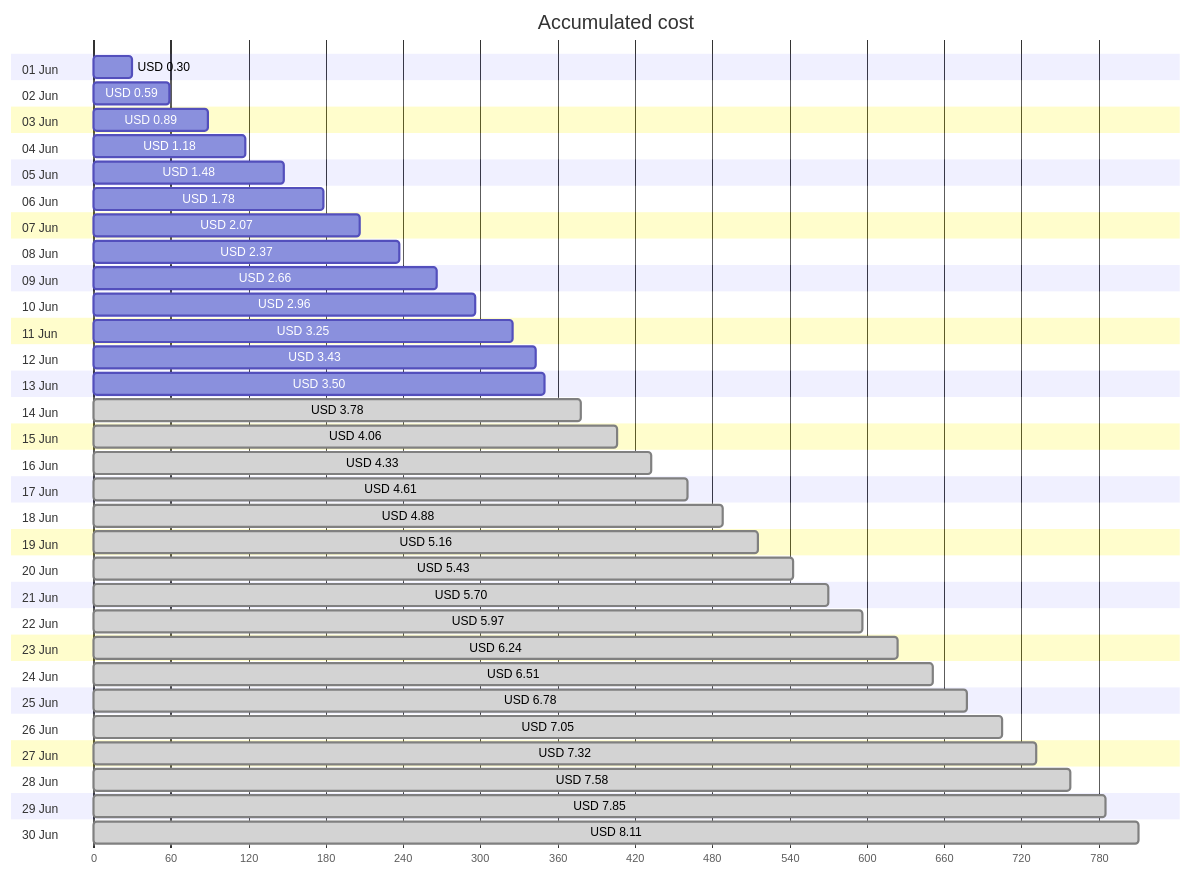
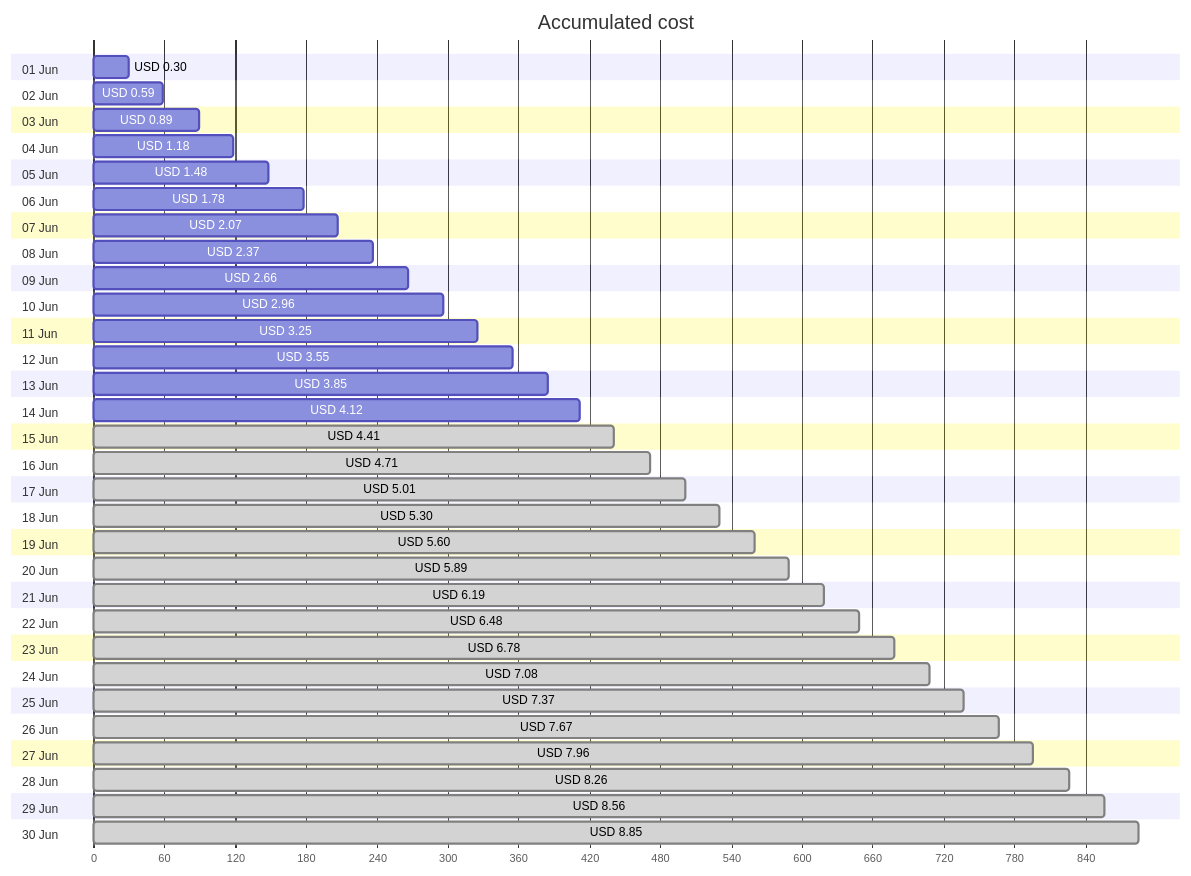
Before and after one commit to jpfulton/azure-personal-reports: the first of 4 diagrams in cost-reports/personal-site/personal-site-preview.md, drawn with Mermaid. The commit also changed other lines of this file and 6 other files, not shown here.

````diff
--- a/cost-reports/personal-site/personal-site-preview.md
+++ b/cost-reports/personal-site/personal-site-preview.md
@@ -20,66 +20,66 @@
 ```mermaid
 gantt
    title Accumulated cost
    dateFormat  X
    axisFormat %s
    section 01 Jun
    USD 0.30 :0, 30
    section 02 Jun
    USD 0.59 :0, 59
    section 03 Jun
    USD 0.89 :0, 89
    section 04 Jun
    USD 1.18 :0, 118
    section 05 Jun
    USD 1.48 :0, 148
    section 06 Jun
    USD 1.78 :0, 178
    section 07 Jun
    USD 2.07 :0, 207
    section 08 Jun
    USD 2.37 :0, 237
    section 09 Jun
    USD 2.66 :0, 266
    section 10 Jun
    USD 2.96 :0, 296
    section 11 Jun
    USD 3.25 :0, 325
    section 12 Jun
-   USD 3.43 :0, 343
+   USD 3.55 :0, 355
    section 13 Jun
-   USD 3.50 :0, 350
+   USD 3.85 :0, 385
    section 14 Jun
-   USD 3.78 : done, 0, 378
+   USD 4.12 :0, 412
    section 15 Jun
-   USD 4.06 : done, 0, 406
+   USD 4.41 : done, 0, 441
    section 16 Jun
-   USD 4.33 : done, 0, 433
+   USD 4.71 : done, 0, 471
    section 17 Jun
-   USD 4.61 : done, 0, 461
+   USD 5.01 : done, 0, 501
    section 18 Jun
-   USD 4.88 : done, 0, 488
+   USD 5.30 : done, 0, 530
    section 19 Jun
-   USD 5.16 : done, 0, 516
+   USD 5.60 : done, 0, 560
    section 20 Jun
-   USD 5.43 : done, 0, 543
+   USD 5.89 : done, 0, 589
    section 21 Jun
-   USD 5.70 : done, 0, 570
+   USD 6.19 : done, 0, 619
    section 22 Jun
-   USD 5.97 : done, 0, 597
+   USD 6.48 : done, 0, 648
    section 23 Jun
-   USD 6.24 : done, 0, 624
+   USD 6.78 : done, 0, 678
    section 24 Jun
-   USD 6.51 : done, 0, 651
+   USD 7.08 : done, 0, 708
    section 25 Jun
-   USD 6.78 : done, 0, 678
+   USD 7.37 : done, 0, 737
    section 26 Jun
-   USD 7.05 : done, 0, 705
+   USD 7.67 : done, 0, 767
    section 27 Jun
-   USD 7.32 : done, 0, 732
+   USD 7.96 : done, 0, 796
    section 28 Jun
-   USD 7.58 : done, 0, 758
+   USD 8.26 : done, 0, 826
    section 29 Jun
-   USD 7.85 : done, 0, 785
+   USD 8.56 : done, 0, 856
    section 30 Jun
-   USD 8.11 : done, 0, 811
+   USD 8.85 : done, 0, 885
 ```
````
